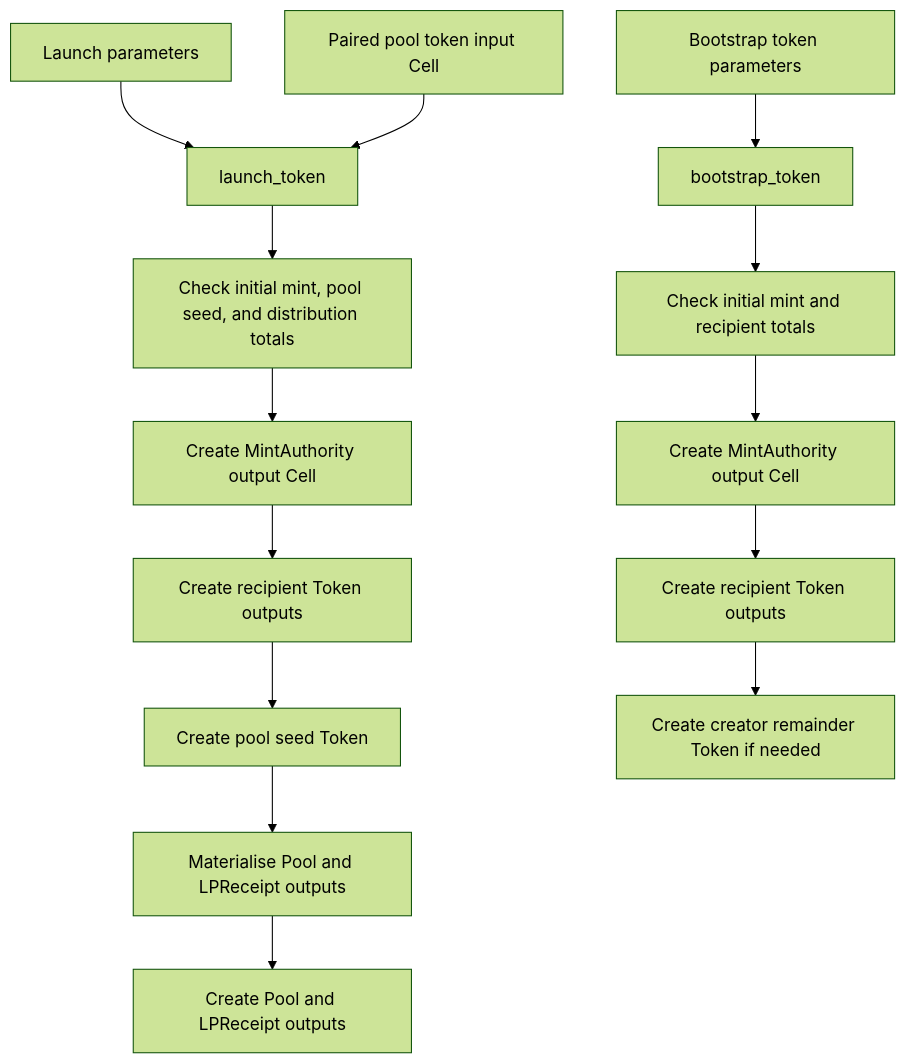
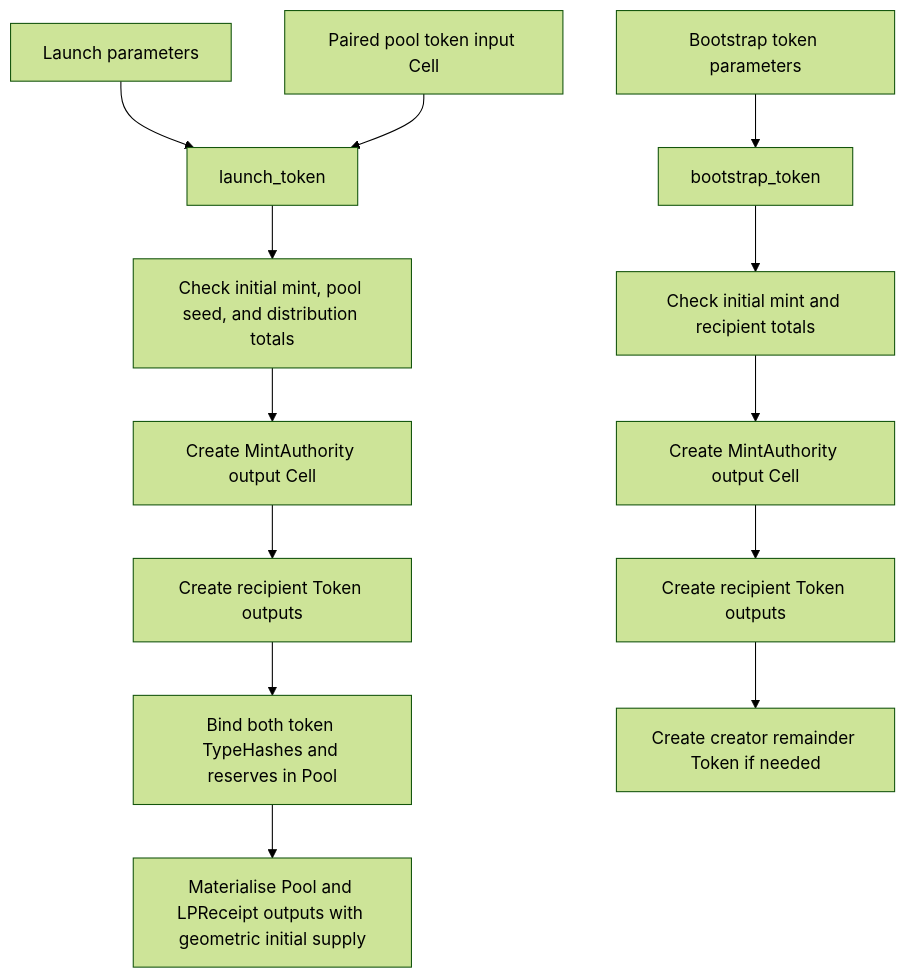
One commit to CellScript-Labs/CellScript changed the third of 12 diagrams in docs/CELLSCRIPT_EXAMPLE_BUSINESS_FLOWS.md. Above: the diagram before and after it, drawn with Mermaid (forest theme). The commit also changed other lines of this file and 61 other files, not shown here.

````diff
--- a/docs/CELLSCRIPT_EXAMPLE_BUSINESS_FLOWS.md
+++ b/docs/CELLSCRIPT_EXAMPLE_BUSINESS_FLOWS.md
@@ -135,17 +136,16 @@
 ```mermaid
 flowchart TD
     A["Launch parameters"] --> B["launch_token"]
     C["Paired pool token input Cell"] --> B
     B --> D["Check initial mint, pool seed, and distribution totals"]
     D --> E["Create MintAuthority output Cell"]
     E --> F["Create recipient Token outputs"]
-    F --> G["Create pool seed Token"]
-    G --> H["Materialise Pool and LPReceipt outputs"]
-    H --> I["Create Pool and LPReceipt outputs"]
+    F --> G["Bind both token TypeHashes and reserves in Pool"]
+    G --> H["Materialise Pool and LPReceipt outputs with geometric initial supply"]
 
     J["Bootstrap token parameters"] --> K["bootstrap_token"]
     K --> L["Check initial mint and recipient totals"]
     L --> M["Create MintAuthority output Cell"]
     M --> N["Create recipient Token outputs"]
     N --> O["Create creator remainder Token if needed"]
 ```
````
